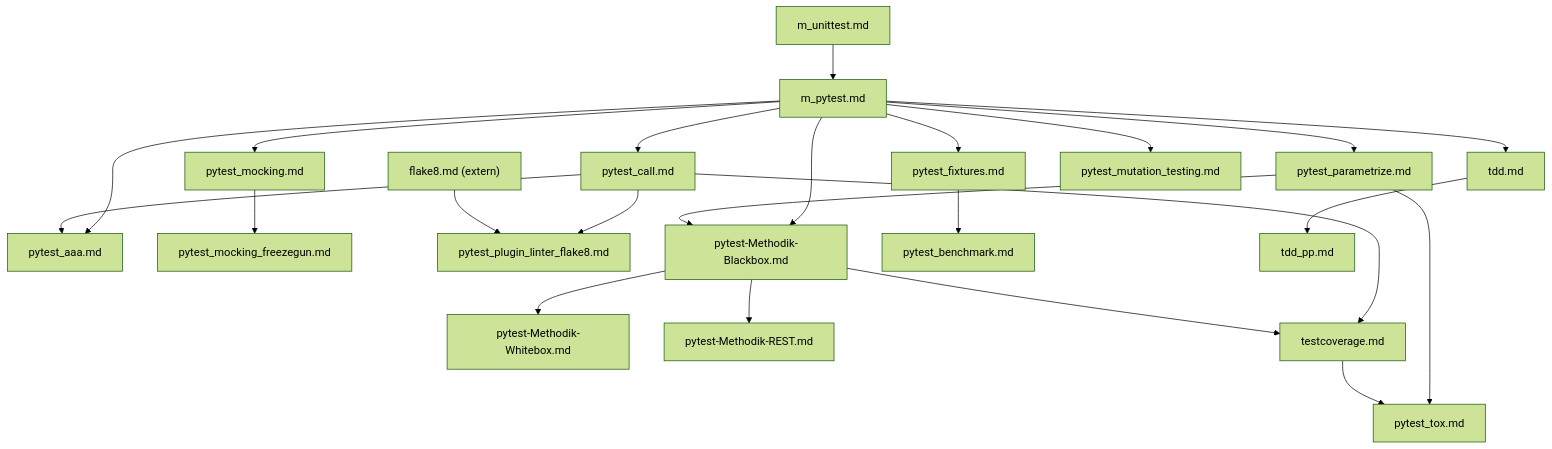
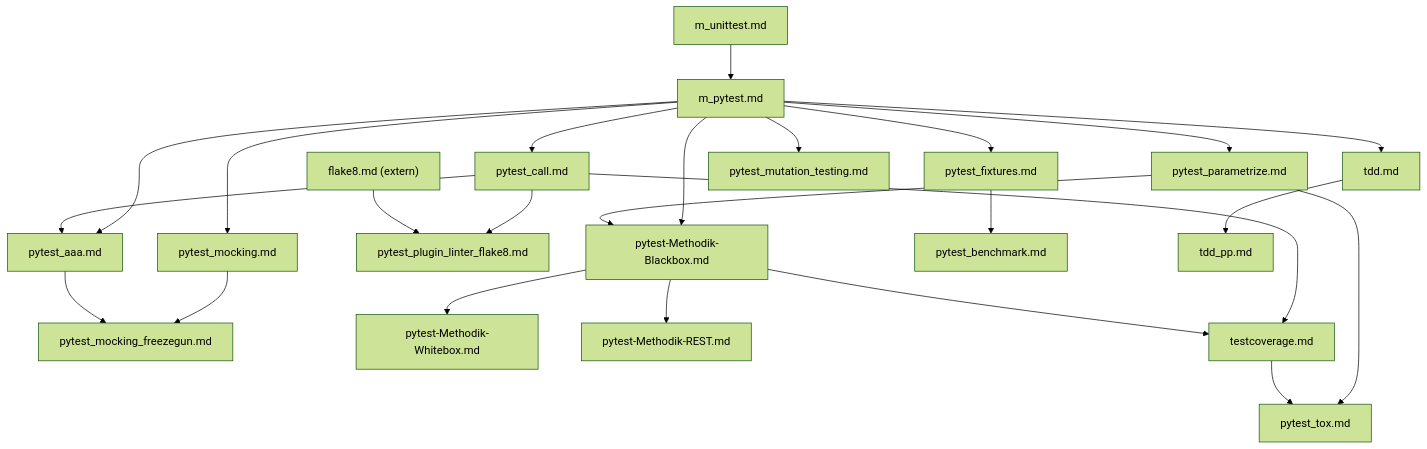
One commit to fubinf/propra-inf changed the diagram in ch/Testen/Unittests/index.md. Above: the diagram before and after it, drawn with Mermaid (forest theme). The commit also changed other lines of this file and 1 other file, not shown here.

Commit message:
pytest_mocking_freezegun.md: #69; revised task; ready for review

````diff
--- a/ch/Testen/Unittests/index.md
+++ b/ch/Testen/Unittests/index.md
@@ -19,45 +19,46 @@
 ```mermaid
 graph TD
     m_unittest["m_unittest.md"]
     m_pytest["m_pytest.md"]
     pytest_call["pytest_call.md"]
     pytest_parametrize["pytest_parametrize.md"]
     pytest_aaa["pytest_aaa.md"]
     pytest_fixtures["pytest_fixtures.md"]
     pytest_mocking["pytest_mocking.md"]
     pytest_mocking_freezegun["pytest_mocking_freezegun.md"]
     pytest_plugin_linter_flake8["pytest_plugin_linter_flake8.md"]
     tdd["tdd.md"]
     pytest_methodik_blackbox["pytest-Methodik-Blackbox.md"]
     pytest_methodik_whitebox["pytest-Methodik-Whitebox.md"]
     pytest_methodik_rest["pytest-Methodik-REST.md"]
     flake8_ext["flake8.md (extern)"]
     testcoverage["testcoverage.md"]
     pytest_benchmark["pytest_benchmark.md"]
     pytest_tox["pytest_tox.md"]
     pytest_mutation_testing["pytest_mutation_testing.md"]
     tdd_pp["tdd_pp.md"]
 
     m_unittest --> m_pytest
     m_pytest --> pytest_call
     m_pytest --> pytest_parametrize
     m_pytest --> pytest_aaa
     m_pytest --> pytest_fixtures
     m_pytest --> pytest_mocking
     m_pytest --> tdd
     m_pytest --> pytest_methodik_blackbox
     m_pytest --> pytest_mutation_testing
     pytest_call --> pytest_aaa
     pytest_call --> pytest_plugin_linter_flake8
     pytest_call --> testcoverage
     pytest_parametrize --> pytest_methodik_blackbox
     pytest_parametrize --> pytest_tox
     pytest_methodik_blackbox --> pytest_methodik_whitebox
     pytest_methodik_blackbox --> pytest_methodik_rest
     pytest_methodik_blackbox --> testcoverage
     pytest_mocking --> pytest_mocking_freezegun
+    pytest_aaa --> pytest_mocking_freezegun
     pytest_fixtures --> pytest_benchmark
     tdd --> tdd_pp
     testcoverage --> pytest_tox
     flake8_ext --> pytest_plugin_linter_flake8
 ```
````
